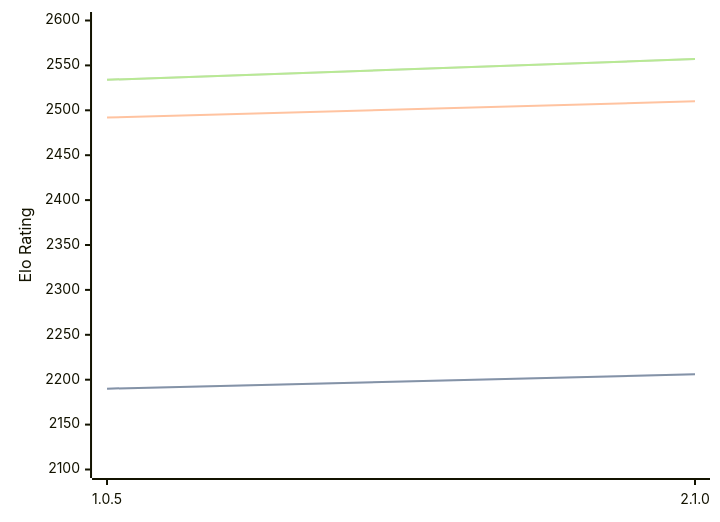
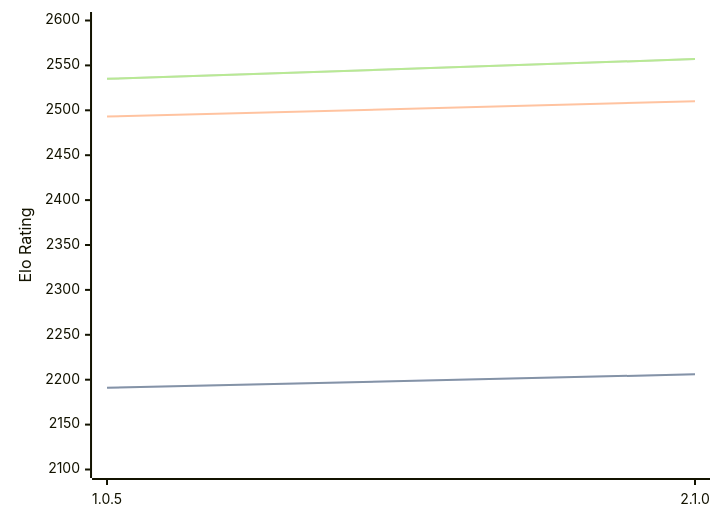
The diagram in engines/Ruffian.md (computer-chess-index/cci), drawn with Mermaid before and after one commit. The commit also changed other lines of this file, not shown here.

Commit message:
Update CCI Ratings (ELO VLTC) - 2026-05-17

````diff
--- a/engines/Ruffian.md
+++ b/engines/Ruffian.md
@@ -32,11 +32,11 @@
 ```mermaid
 %%{init: {"theme":"base","themeVariables":{"seriesColors:['#a3a3a3','#222221','#faa371']}}}%%
 xychart-beta
   x-axis ["1.0.5", "2.1.0"]
   y-axis "Elo Rating" 2100 --> 2600
-  line "STC (8.0+0.08s)" [2190, 2206]
-  line "STC (8.0+0.08s)" [2190, 2206]
-  line "LTC (60.0+0.60s)" [2492, 2510]
-  line "VLTC (2m24s+1.12s)" [2534, 2557]
-  line "VLTC (2m24s+1.12s)" [2534, 2557]
+  line "STC (8.0+0.08s)" [2191, 2206]
+  line "STC (8.0+0.08s)" [2191, 2206]
+  line "LTC (60.0+0.60s)" [2493, 2510]
+  line "VLTC (2m24s+1.12s)" [2535, 2557]
+  line "VLTC (2m24s+1.12s)" [2535, 2557]
 ```
````
